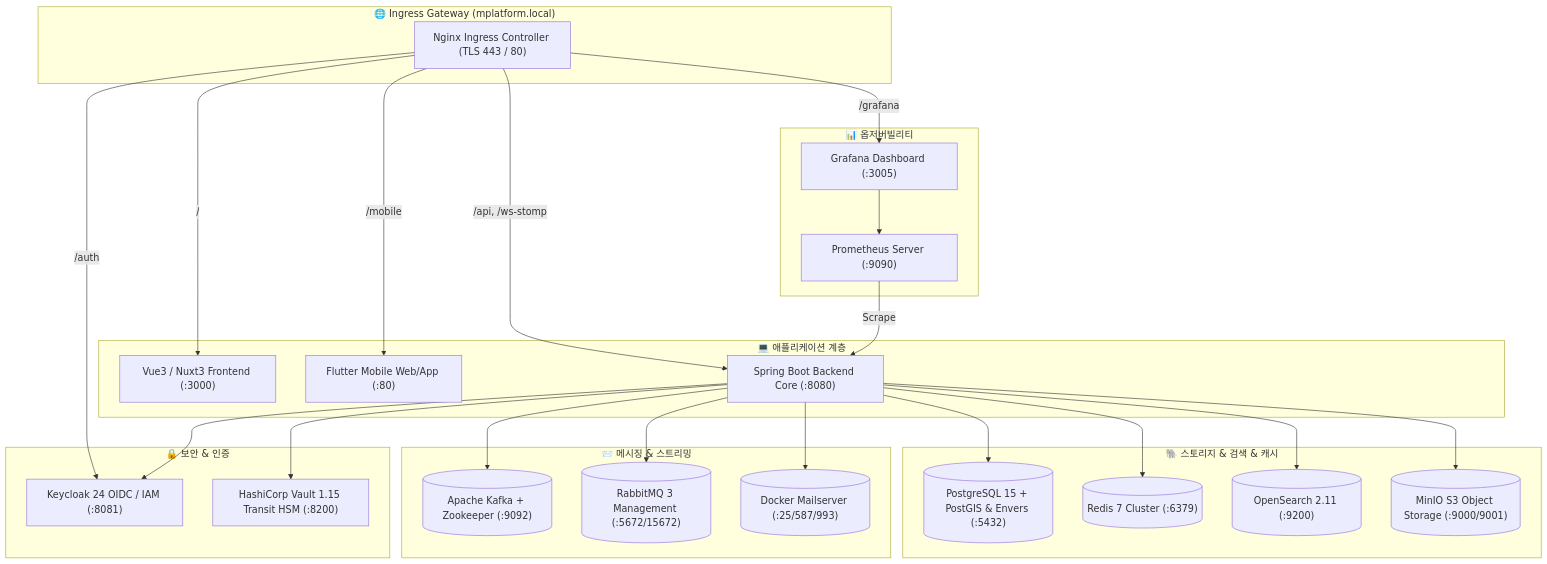
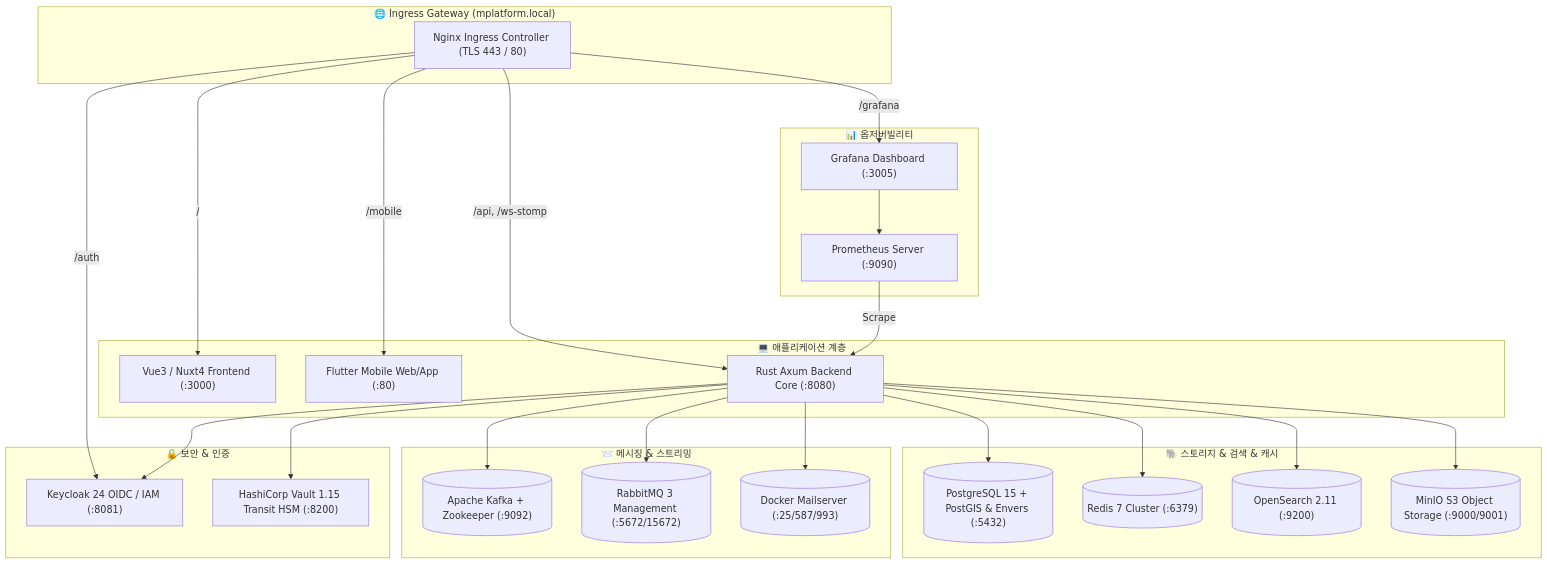
The diagram in docs/OPERATION_GUIDE.md (Profavor/mplatform), drawn with Mermaid before and after one commit. The commit also changed other lines of this file and 14 other files, not shown here.

First line of the commit message:
feat(auth): implement PBAC permission evaluation and modernize docs for Rust backend & Nuxt 4 (v2.0.3)

````diff
--- a/docs/OPERATION_GUIDE.md
+++ b/docs/OPERATION_GUIDE.md
@@ -12,53 +12,53 @@
 ```mermaid
 graph TD
     subgraph IngressLayer ["🌐 Ingress Gateway (mplatform.local)"]
         ING["Nginx Ingress Controller (TLS 443 / 80)"]
     end
 
     subgraph ServiceLayer ["💻 애플리케이션 계층"]
-        WEB["Vue3 / Nuxt3 Frontend (:3000)"]
+        WEB["Vue3 / Nuxt4 Frontend (:3000)"]
         MOB["Flutter Mobile Web/App (:80)"]
-        API["Spring Boot Backend Core (:8080)"]
+        API["Rust Axum Backend Core (:8080)"]
     end
 
     subgraph SecurityLayer ["🔒 보안 & 인증"]
         KC["Keycloak 24 OIDC / IAM (:8081)"]
         VAULT["HashiCorp Vault 1.15 Transit HSM (:8200)"]
     end
 
     subgraph StorageLayer ["🐘 스토리지 & 검색 & 캐시"]
         PG[("PostgreSQL 15 + PostGIS & Envers (:5432)")]
         REDIS[("Redis 7 Cluster (:6379)")]
         OS[("OpenSearch 2.11 (:9200)")]
         MINIO[("MinIO S3 Object Storage (:9000/9001)")]
     end
 
     subgraph MessagingLayer ["📨 메시징 & 스트리밍"]
         KAFKA[("Apache Kafka + Zookeeper (:9092)")]
         RABBIT[("RabbitMQ 3 Management (:5672/15672)")]
         MAIL[("Docker Mailserver (:25/587/993)")]
     end
 
     subgraph MonitoringLayer ["📊 옵저버빌리티"]
         PROM["Prometheus Server (:9090)"]
         GRAF["Grafana Dashboard (:3005)"]
     end
 
     ING -->|/| WEB
     ING -->|/mobile| MOB
     ING -->|/api, /ws-stomp| API
     ING -->|/auth| KC
     ING -->|/grafana| GRAF
 
     API --> PG
     API --> REDIS
     API --> OS
     API --> MINIO
     API --> KAFKA
     API --> RABBIT
     API --> VAULT
     API --> KC
     API --> MAIL
     PROM -->|Scrape| API
     GRAF --> PROM
 ```
````
